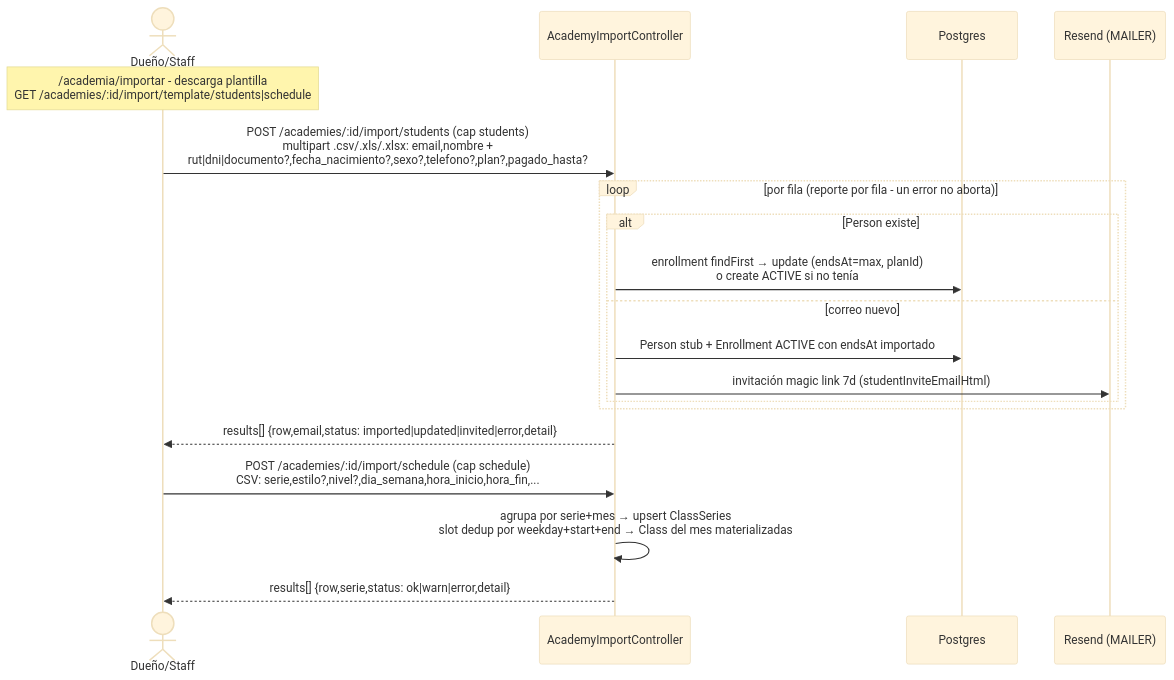
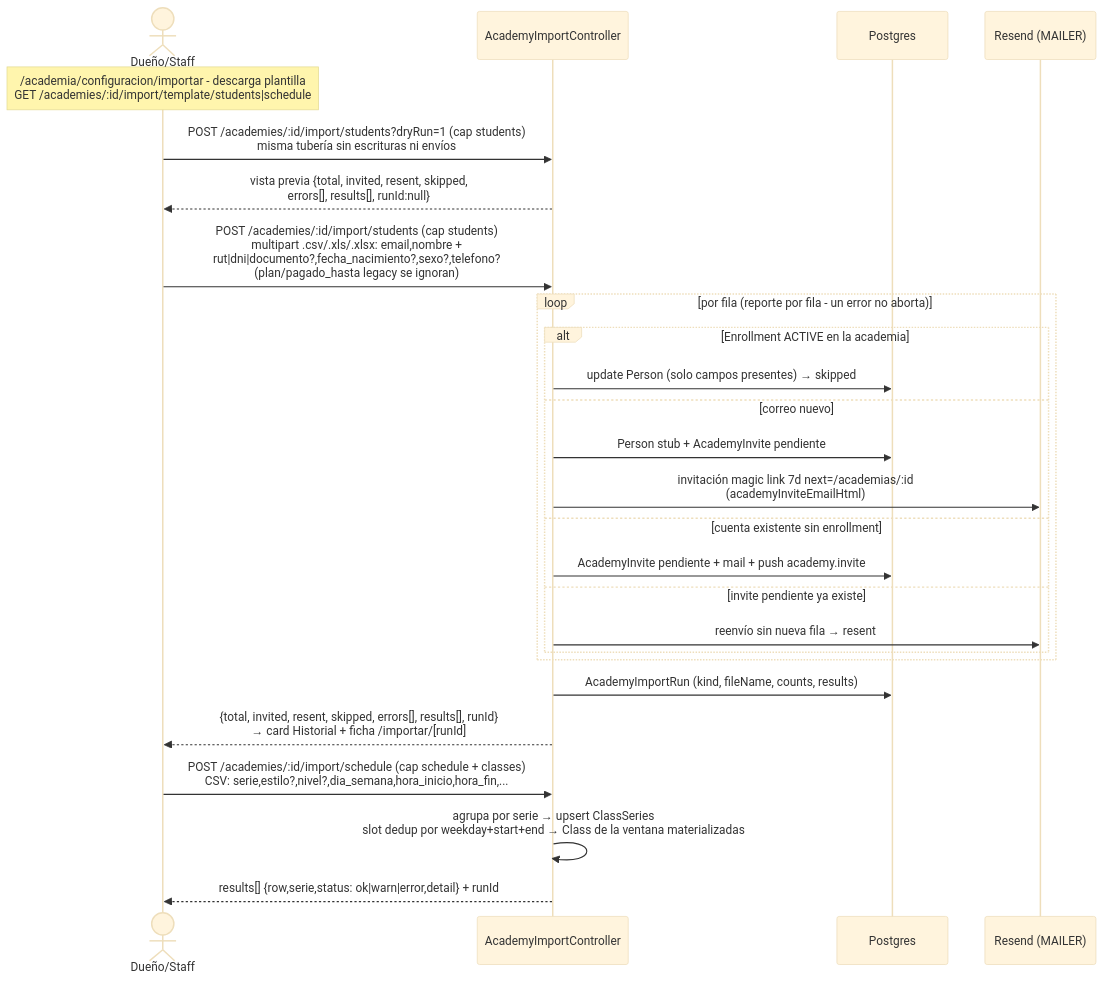
One commit to EduardoSalasG/omnidance changed diagram 27 of 42 in docs/flows.md. Above: the diagram before and after it, drawn with Mermaid (base theme). The commit also changed other lines of this file and 22 other files, not shown here.

Commit message:
feat(academies): import con vista previa dry-run e historial de corridas

````diff
--- a/docs/flows.md
+++ b/docs/flows.md
@@ -588,23 +588,30 @@
 ```mermaid
 sequenceDiagram
     actor Ow as Dueño/Staff
     participant API as AcademyImportController
     participant DB as Postgres
     participant MAIL as Resend (MAILER)
 
-    Note over Ow: /academia/importar - descarga plantilla<br/>GET /academies/:id/import/template/students|schedule
-    Ow->>API: POST /academies/:id/import/students (cap students)<br/>multipart .csv/.xls/.xlsx: email,nombre +<br/>rut|dni|documento?,fecha_nacimiento?,sexo?,telefono?,plan?,pagado_hasta?
+    Note over Ow: /academia/configuracion/importar - descarga plantilla<br/>GET /academies/:id/import/template/students|schedule
+    Ow->>API: POST /academies/:id/import/students?dryRun=1 (cap students)<br/>misma tubería sin escrituras ni envíos
+    API-->>Ow: vista previa {total, invited, resent, skipped,<br/>errors[], results[], runId:null}
+    Ow->>API: POST /academies/:id/import/students (cap students)<br/>multipart .csv/.xls/.xlsx: email,nombre +<br/>rut|dni|documento?,fecha_nacimiento?,sexo?,telefono?<br/>(plan/pagado_hasta legacy se ignoran)
     loop por fila (reporte por fila - un error no aborta)
-        alt Person existe
-            API->>DB: enrollment findFirst → update (endsAt=max, planId)<br/>o create ACTIVE si no tenía
+        alt Enrollment ACTIVE en la academia
+            API->>DB: update Person (solo campos presentes) → skipped
         else correo nuevo
-            API->>DB: Person stub + Enrollment ACTIVE con endsAt importado
-            API->>MAIL: invitación magic link 7d (studentInviteEmailHtml)
+            API->>DB: Person stub + AcademyInvite pendiente
+            API->>MAIL: invitación magic link 7d next=/academias/:id<br/>(academyInviteEmailHtml)
+        else cuenta existente sin enrollment
+            API->>DB: AcademyInvite pendiente + mail + push academy.invite
+        else invite pendiente ya existe
+            API->>MAIL: reenvío sin nueva fila → resent
         end
     end
-    API-->>Ow: results[] {row,email,status: imported|updated|invited|error,detail}
+    API->>DB: AcademyImportRun (kind, fileName, counts, results)
+    API-->>Ow: {total, invited, resent, skipped, errors[], results[], runId}<br/>→ card Historial + ficha /importar/[runId]
 
-    Ow->>API: POST /academies/:id/import/schedule (cap schedule)<br/>CSV: serie,estilo?,nivel?,dia_semana,hora_inicio,hora_fin,...
-    API->>API: agrupa por serie+mes → upsert ClassSeries<br/>slot dedup por weekday+start+end → Class del mes materializadas
-    API-->>Ow: results[] {row,serie,status: ok|warn|error,detail}
+    Ow->>API: POST /academies/:id/import/schedule (cap schedule + classes)<br/>CSV: serie,estilo?,nivel?,dia_semana,hora_inicio,hora_fin,...
+    API->>API: agrupa por serie → upsert ClassSeries<br/>slot dedup por weekday+start+end → Class de la ventana materializadas
+    API-->>Ow: results[] {row,serie,status: ok|warn|error,detail} + runId
 ```
````
